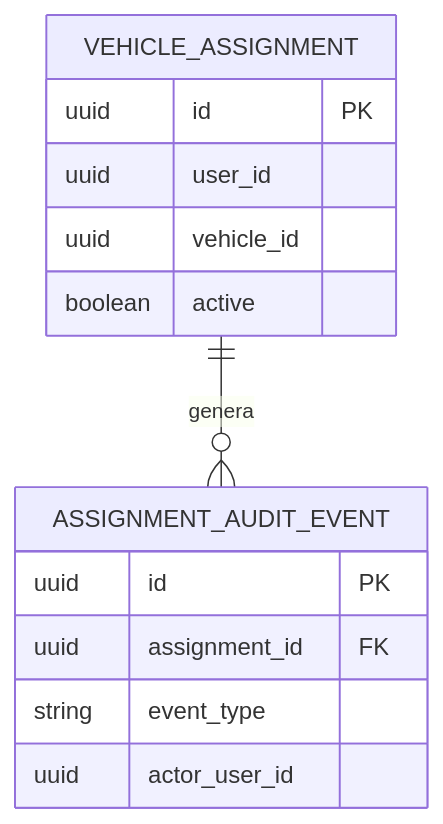
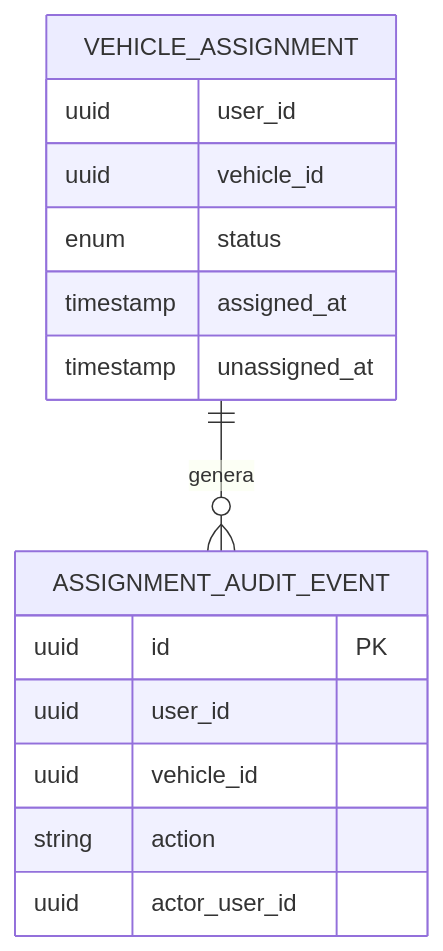
One commit to AMVMesias/Distribuidas-PC2 changed the sixth of 8 diagrams in README.md. Above: the diagram before and after it, drawn with Mermaid. The commit also changed other lines of this file and 69 other files, not shown here.

````diff
--- a/README.md
+++ b/README.md
@@ -546,16 +579,18 @@
 ```mermaid
 erDiagram
     VEHICLE_ASSIGNMENT ||--o{ ASSIGNMENT_AUDIT_EVENT : genera
     VEHICLE_ASSIGNMENT {
+        uuid user_id
+        uuid vehicle_id
+        enum status
+        timestamp assigned_at
+        timestamp unassigned_at
+    }
+    ASSIGNMENT_AUDIT_EVENT {
         uuid id PK
         uuid user_id
         uuid vehicle_id
-        boolean active
-    }
-    ASSIGNMENT_AUDIT_EVENT {
-        uuid id PK
-        uuid assignment_id FK
-        string event_type
+        string action
         uuid actor_user_id
     }
 ```
````
